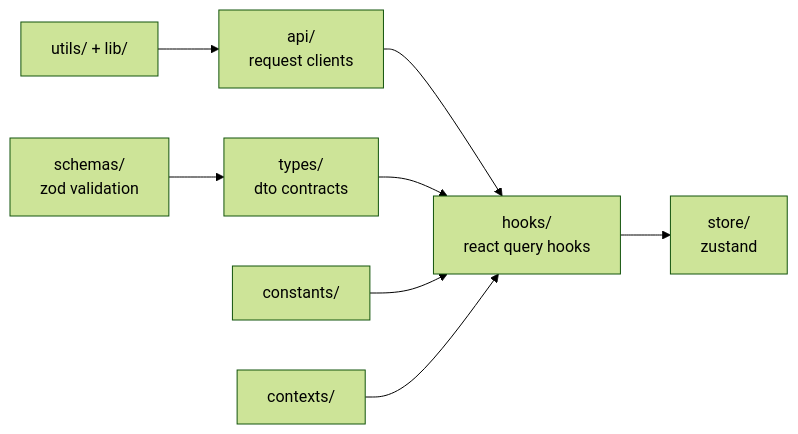
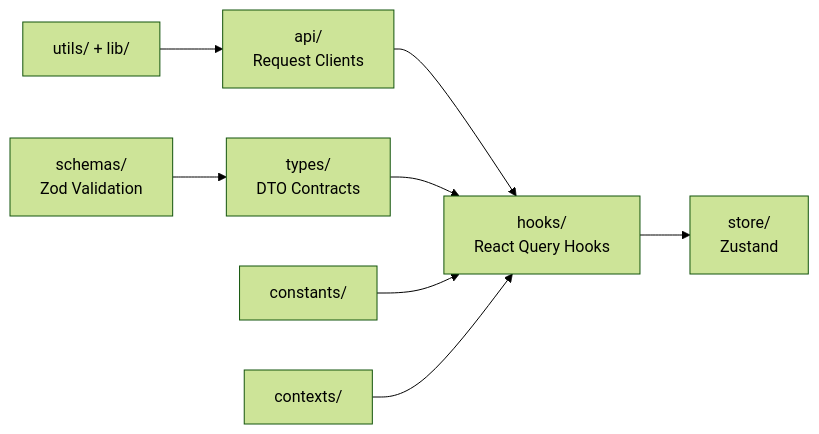
One commit to coquach/social-network-2.0 changed the third of 3 diagrams in README.md. Above: the diagram before and after it, drawn with Mermaid (forest theme). The commit also changed other lines of this file and 21 other files, not shown here.

````diff
--- a/README.md
+++ b/README.md
@@ -120,10 +109,10 @@
 ```mermaid
 flowchart LR
-  API[api/\nrequest clients] --> Hooks[hooks/\nreact query hooks]
-  Schemas[schemas/\nzod validation] --> Types[types/\ndto contracts]
+  API["api/\nRequest Clients"] --> Hooks["hooks/\nReact Query Hooks"]
+  Schemas["schemas/\nZod Validation"] --> Types["types/\nDTO Contracts"]
   Types --> Hooks
-  Hooks --> Store[store/\nzustand]
-  Constants[constants/] --> Hooks
-  Utils[utils/ + lib/] --> API
-  Contexts[contexts/] --> Hooks
+  Hooks --> Store["store/\nZustand"]
+  Constants["constants/"] --> Hooks
+  Utils["utils/ + lib/"] --> API
+  Contexts["contexts/"] --> Hooks
 ```
````
